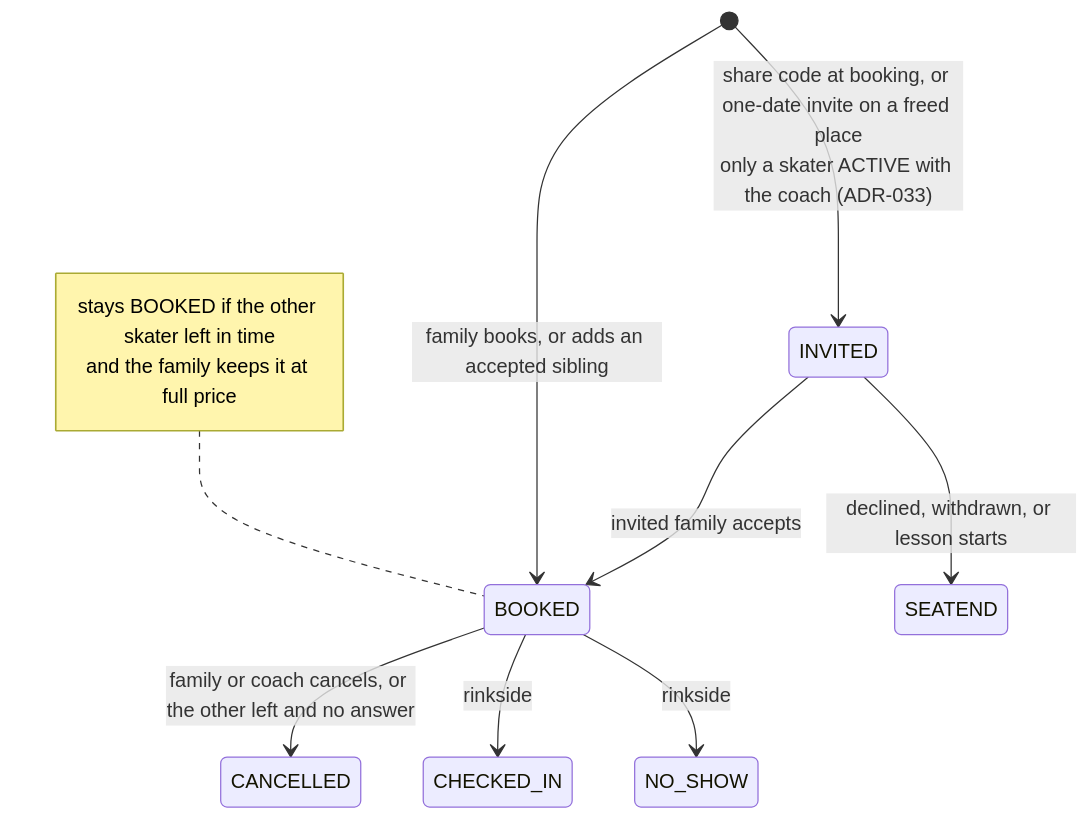
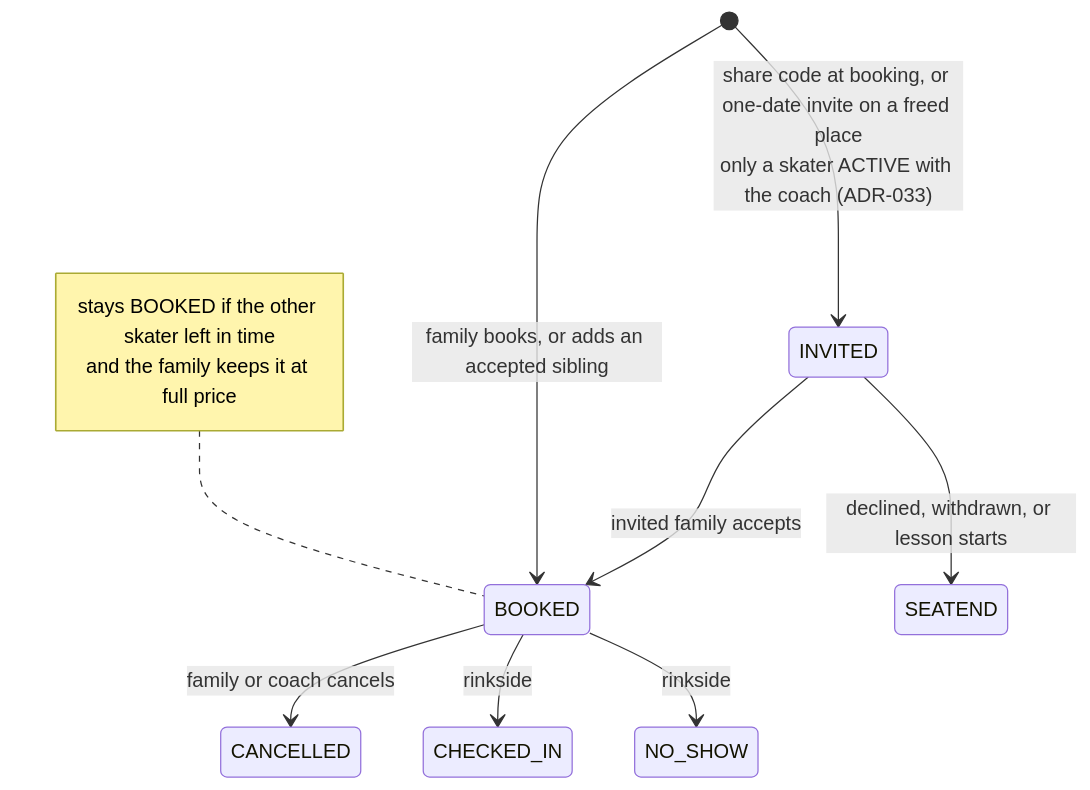
One commit to jessicamvega6/bladebook changed the eighth of 31 diagrams in docs/architecture.md. Above: the diagram before and after it, drawn with Mermaid. The commit also changed other lines of this file and 36 other files, not shown here.

````diff
--- a/docs/architecture.md
+++ b/docs/architecture.md
@@ -572,13 +572,13 @@
 ```mermaid
 stateDiagram-v2
     [*] --> BOOKED: family books, or adds an accepted sibling
     [*] --> INVITED: share code at booking, or one-date invite on a freed place<br/>only a skater ACTIVE with the coach (ADR-033)
     INVITED --> BOOKED: invited family accepts
     INVITED --> SEATEND: declined, withdrawn, or lesson starts
-    BOOKED --> CANCELLED: family or coach cancels, or the other left and no answer
+    BOOKED --> CANCELLED: family or coach cancels
     BOOKED --> CHECKED_IN: rinkside
     BOOKED --> NO_SHOW: rinkside
     note left of BOOKED
         stays BOOKED if the other skater left in time<br/>and the family keeps it at full price
     end note
 ```
````
